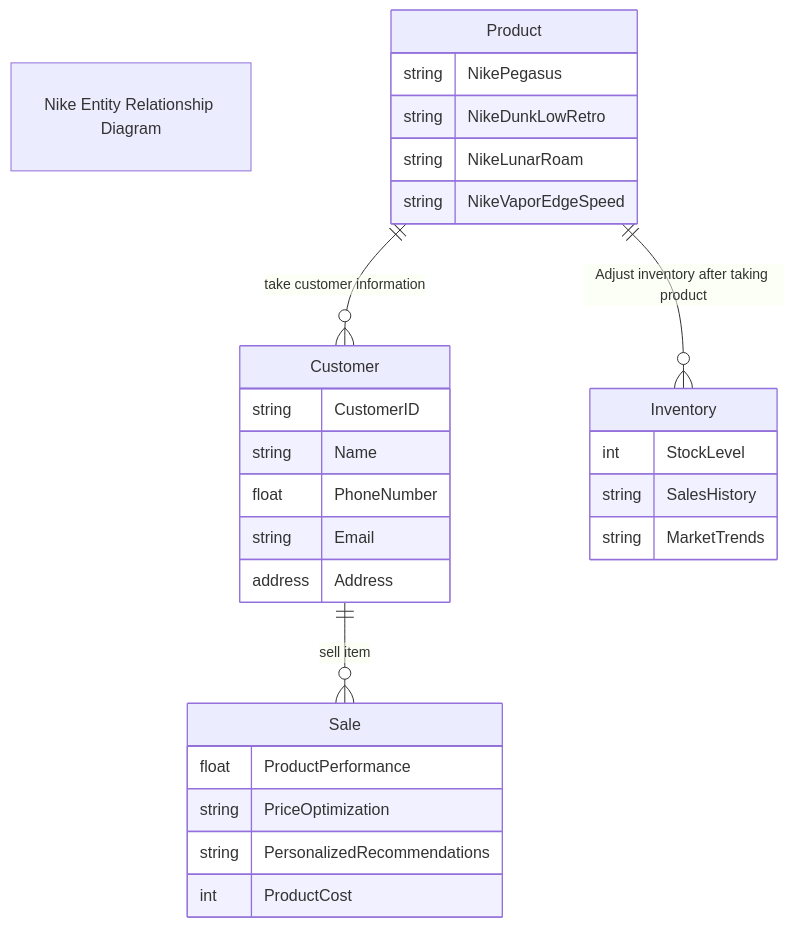
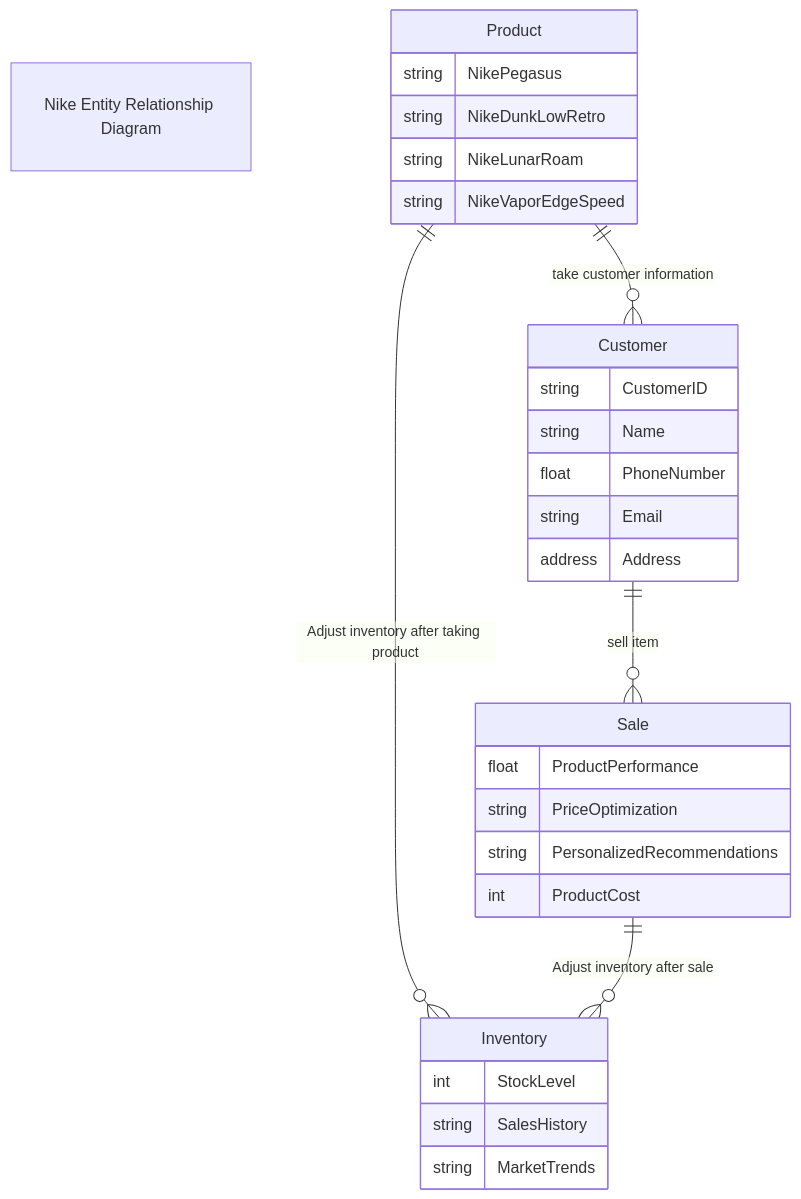
Before and after one commit to JordanDuncan5/Nike-Store-ERD: the diagram in NikeStore_ERD.md, drawn with Mermaid.

Commit message:
Update NikeStore_ERD.md
Adjusted connections

````diff
--- a/NikeStore_ERD.md
+++ b/NikeStore_ERD.md
@@ -1,38 +1,39 @@
 ```mermaid
 
 erDiagram
 
 "Nike Entity Relationship Diagram"
 
     Product ||--o{ Customer :"take customer information"
     Product ||--o{ Inventory :"Adjust inventory after taking product"
     Product{
         string NikePegasus
         string NikeDunkLowRetro
         string NikeLunarRoam
         string NikeVaporEdgeSpeed
     }
     
     Customer ||--o{ Sale :"sell item"
     Customer{
         string CustomerID
         string Name
         float PhoneNumber
         string Email
         address Address
     }
     
+    Sale ||--o{ Inventory :"Adjust inventory after sale"
     Sale{
         float ProductPerformance
         string PriceOptimization
         string PersonalizedRecommendations
         int ProductCost
     }
     
     Inventory{
         int StockLevel
         string SalesHistory
         string MarketTrends
     }
 
 ```
````
